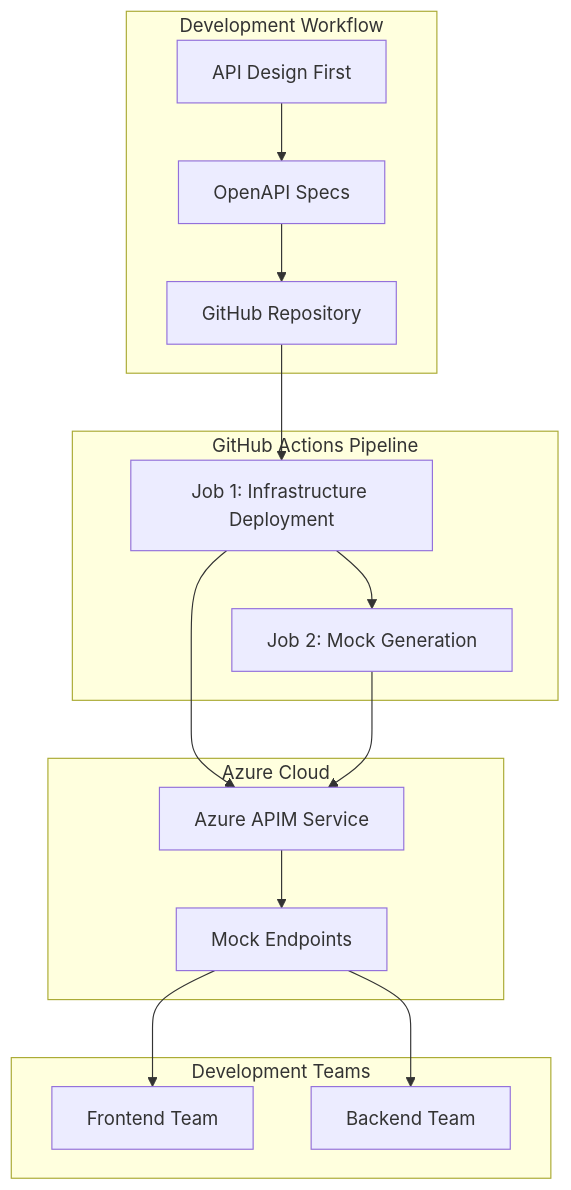
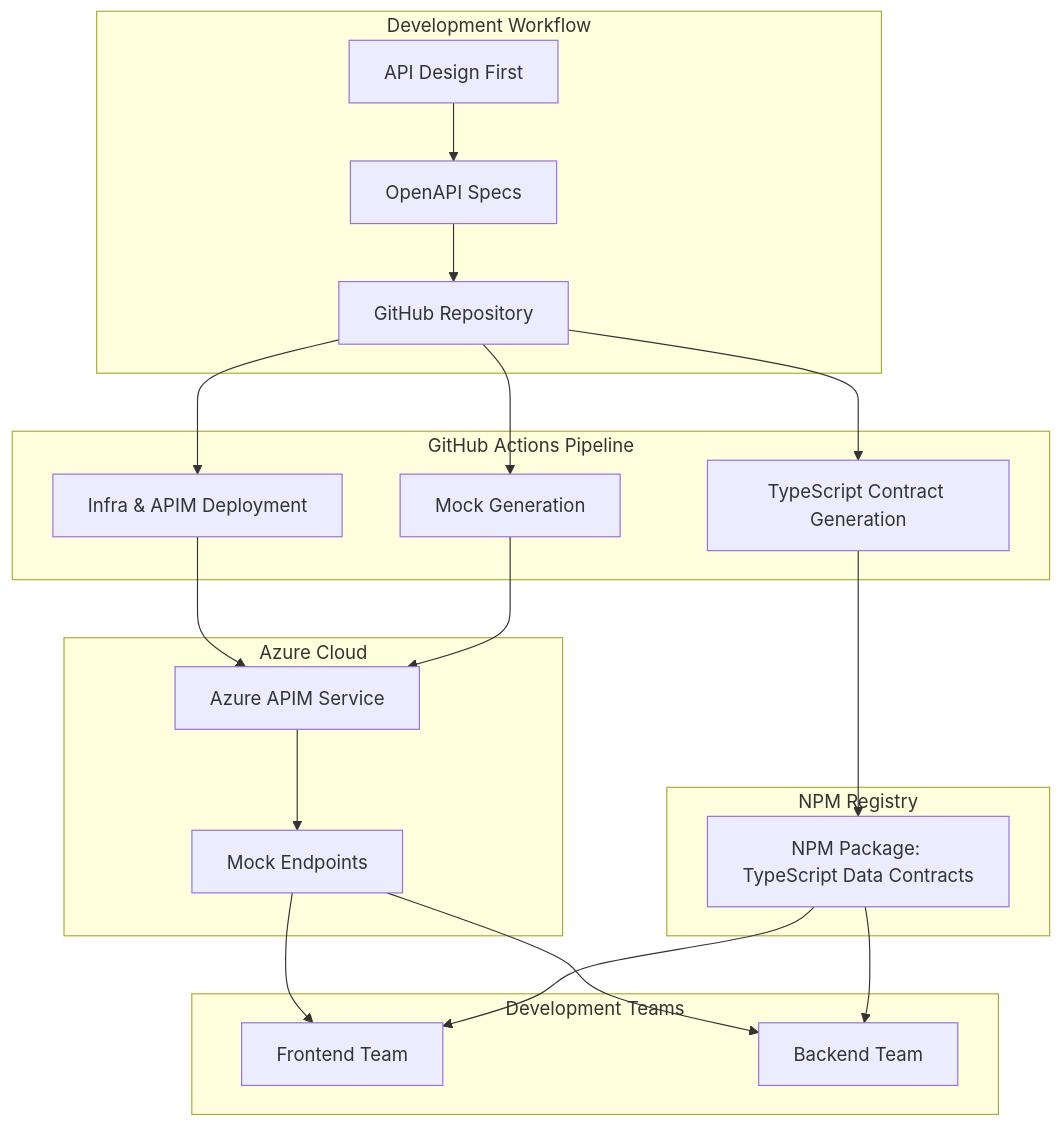
Before and after one commit to alighulamulhassan/poc-modern-engineering-with-data-contracts: the diagram in docs/architectural-graph.md, drawn with Mermaid. The commit also changed 6 other files, not shown here.

````diff
--- a/docs/architectural-graph.md
+++ b/docs/architectural-graph.md
@@ -1,23 +1,30 @@
 ```mermaid
 graph TB
     subgraph "Development Workflow"
         A[API Design First] --> B[OpenAPI Specs]
         B --> C[GitHub Repository]
     end
     
     subgraph "GitHub Actions Pipeline"
-        C --> D[Job 1: Infrastructure Deployment]
-        D --> E[Job 2: Mock Generation]
+        C --> D[Infra & APIM Deployment]
+        C --> E[Mock Generation]
+        C --> F[TypeScript Contract Generation]
     end
     
     subgraph "Azure Cloud"
-        D --> F[Azure APIM Service]
-        E --> F
-        F --> G[Mock Endpoints]
+        D --> G[Azure APIM Service]
+        E --> G
+        G --> H[Mock Endpoints]
+    end
+    
+    subgraph "NPM Registry"
+        F --> I[NPM Package: TypeScript Data Contracts]
     end
     
     subgraph "Development Teams"
-        G --> H[Frontend Team]
-        G --> I[Backend Team]
+        H --> J[Frontend Team]
+        H --> K[Backend Team]
+        I --> J
+        I --> K
     end
 ```
````
